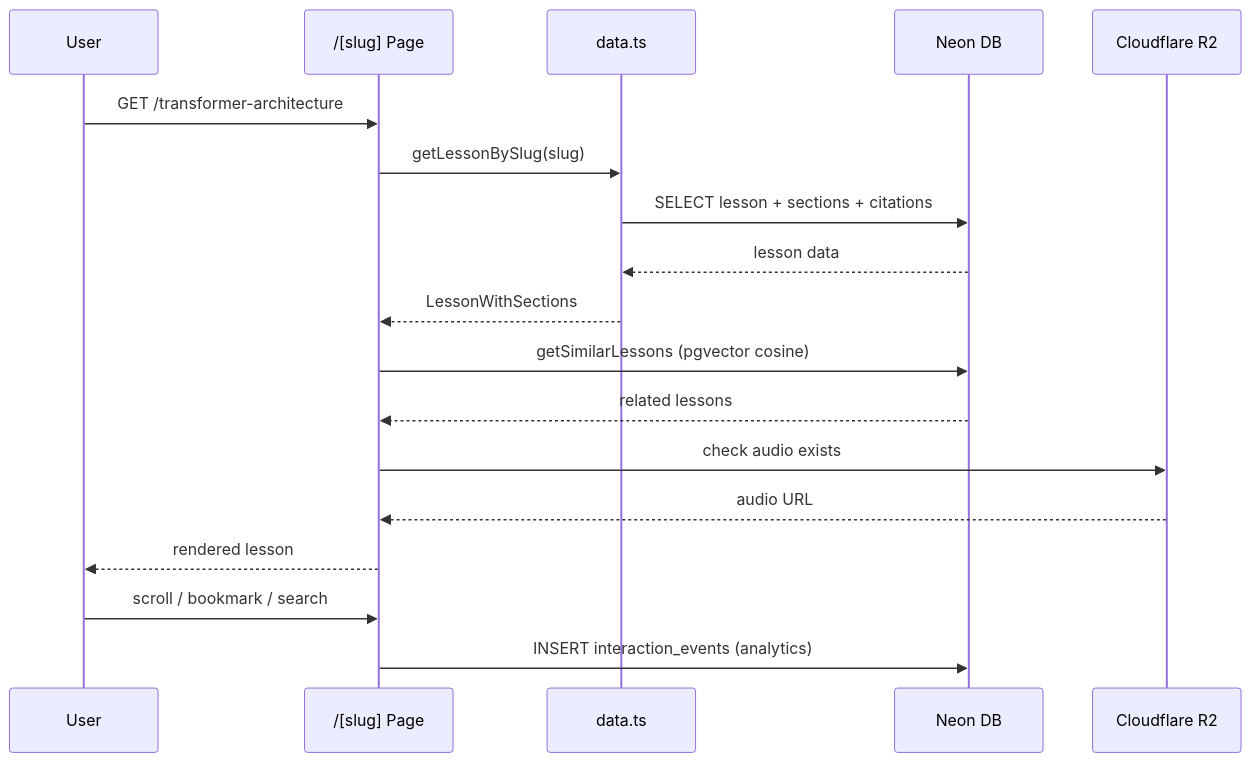
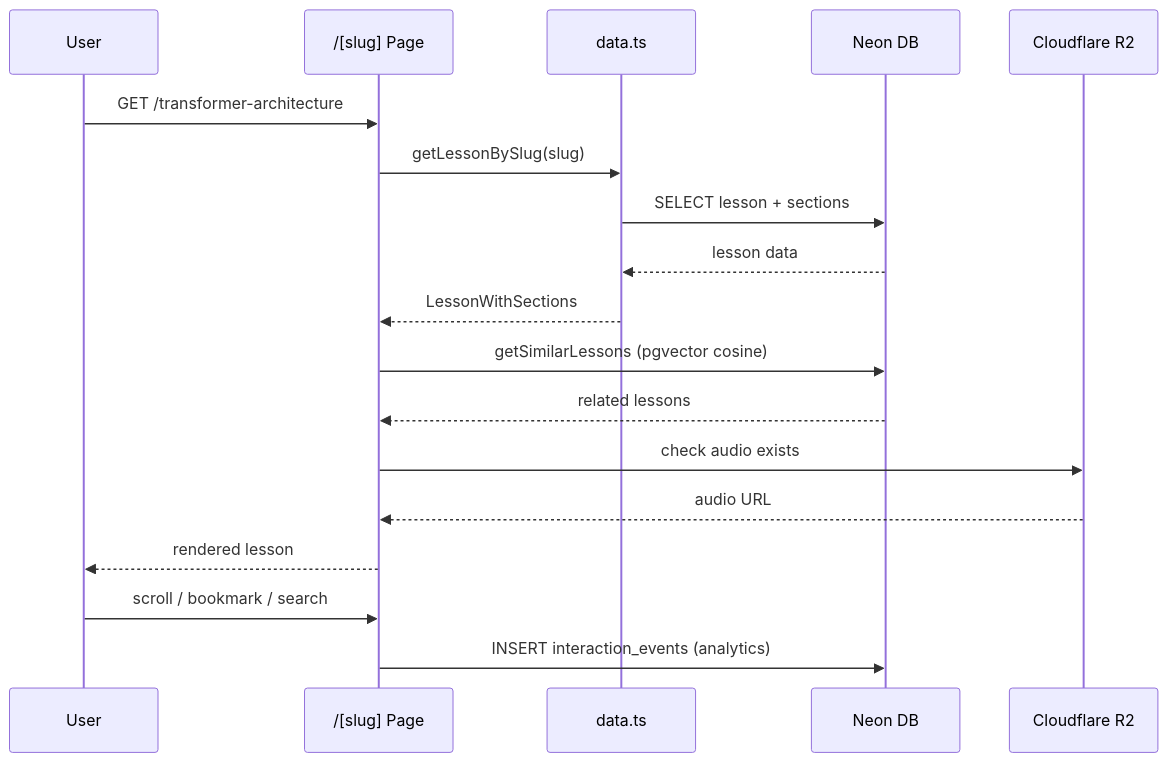
One commit to v9ai/ai-apps changed the third of 6 diagrams in apps/knowledge/README.md. Above: the diagram before and after it, drawn with Mermaid. The commit also changed other lines of this file and 46 other files, not shown here.

````diff
--- a/apps/knowledge/README.md
+++ b/apps/knowledge/README.md
@@ -122,21 +120,21 @@
 ```mermaid
 sequenceDiagram
     participant User
     participant Page as /[slug] Page
     participant Adapter as data.ts
     participant DB as Neon DB
     participant R2 as Cloudflare R2
 
     User->>Page: GET /transformer-architecture
     Page->>Adapter: getLessonBySlug(slug)
-    Adapter->>DB: SELECT lesson + sections + citations
+    Adapter->>DB: SELECT lesson + sections
     DB-->>Adapter: lesson data
     Adapter-->>Page: LessonWithSections
     Page->>DB: getSimilarLessons (pgvector cosine)
     DB-->>Page: related lessons
     Page->>R2: check audio exists
     R2-->>Page: audio URL
     Page-->>User: rendered lesson
     User->>Page: scroll / bookmark / search
     Page->>DB: INSERT interaction_events (analytics)
 ```
````
